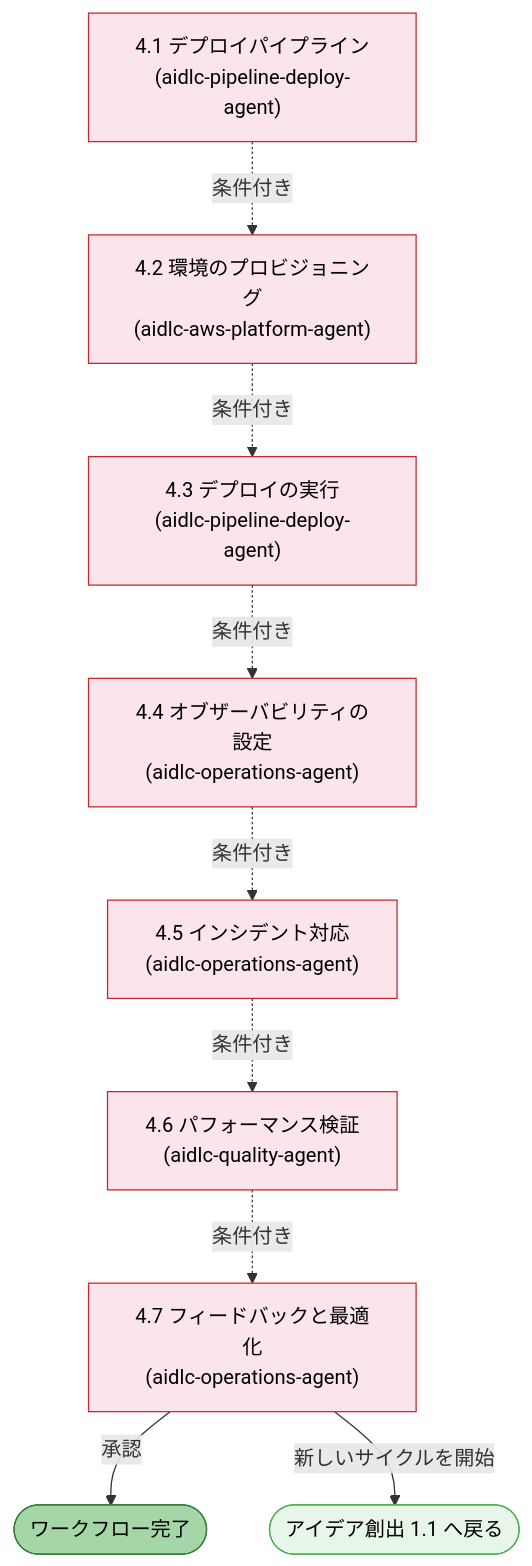
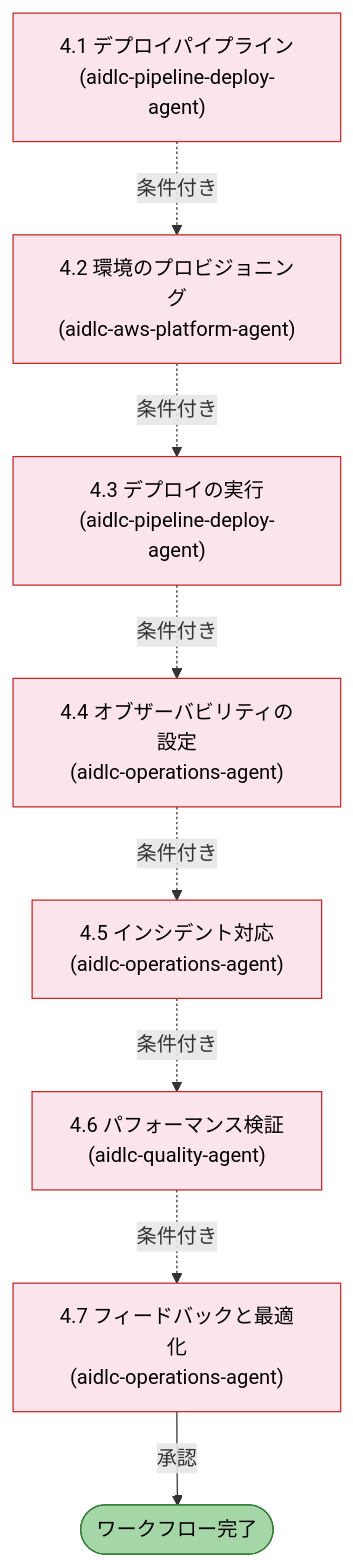
One commit to otomatty/andon-for-aidlc changed the sixth of 6 diagrams in docs/guide/ja/04-phases-and-stages.md. Above: the diagram before and after it, drawn with Mermaid. The commit also changed other lines of this file and 492 other files, not shown here.

````diff
--- a/docs/guide/ja/04-phases-and-stages.md
+++ b/docs/guide/ja/04-phases-and-stages.md
@@ -356,30 +356,28 @@
 ```mermaid
 flowchart TD
     S41["4.1 デプロイパイプライン\n(aidlc-pipeline-deploy-agent)"]
     S42["4.2 環境のプロビジョニング\n(aidlc-aws-platform-agent)"]
     S43["4.3 デプロイの実行\n(aidlc-pipeline-deploy-agent)"]
     S44["4.4 オブザーバビリティの設定\n(aidlc-operations-agent)"]
     S45["4.5 インシデント対応\n(aidlc-operations-agent)"]
     S46["4.6 パフォーマンス検証\n(aidlc-quality-agent)"]
     S47["4.7 フィードバックと最適化\n(aidlc-operations-agent)"]
 
     S41 -.->|条件付き| S42
     S42 -.->|条件付き| S43
     S43 -.->|条件付き| S44
     S44 -.->|条件付き| S45
     S45 -.->|条件付き| S46
     S46 -.->|条件付き| S47
 
     S47 -->|"承認"| DONE(["ワークフロー完了"])
-    S47 -->|"新しいサイクルを開始"| IDEATION(["アイデア創出 1.1 へ戻る"])
 
     style S41 fill:#fce4ec,stroke:#c62828,color:#000
     style S42 fill:#fce4ec,stroke:#c62828,color:#000
     style S43 fill:#fce4ec,stroke:#c62828,color:#000
     style S44 fill:#fce4ec,stroke:#c62828,color:#000
     style S45 fill:#fce4ec,stroke:#c62828,color:#000
     style S46 fill:#fce4ec,stroke:#c62828,color:#000
     style S47 fill:#fce4ec,stroke:#c62828,color:#000
     style DONE fill:#a5d6a7,stroke:#2e7d32,color:#000
-    style IDEATION fill:#e8f5e9,stroke:#4caf50,color:#000
 ```
````
